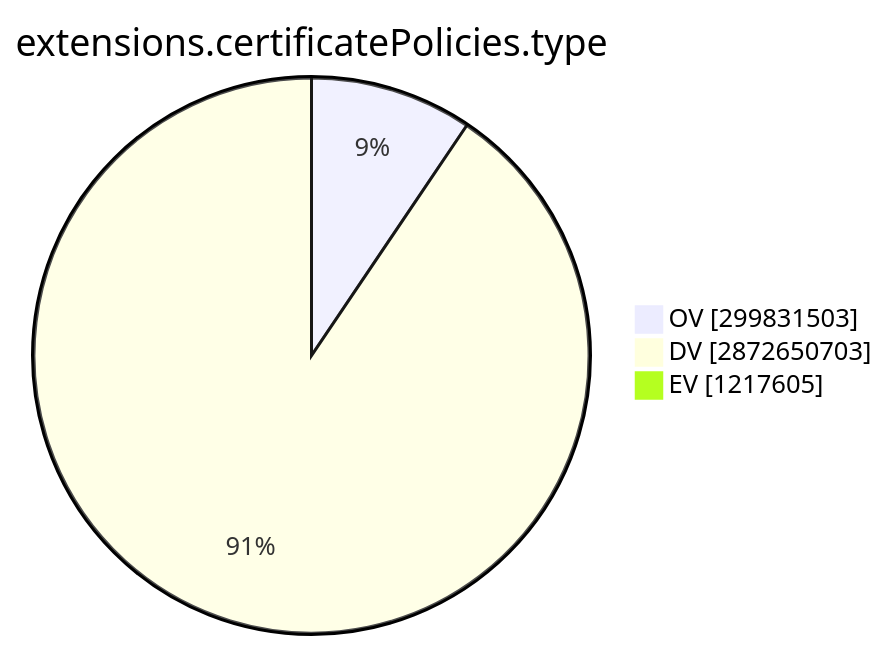
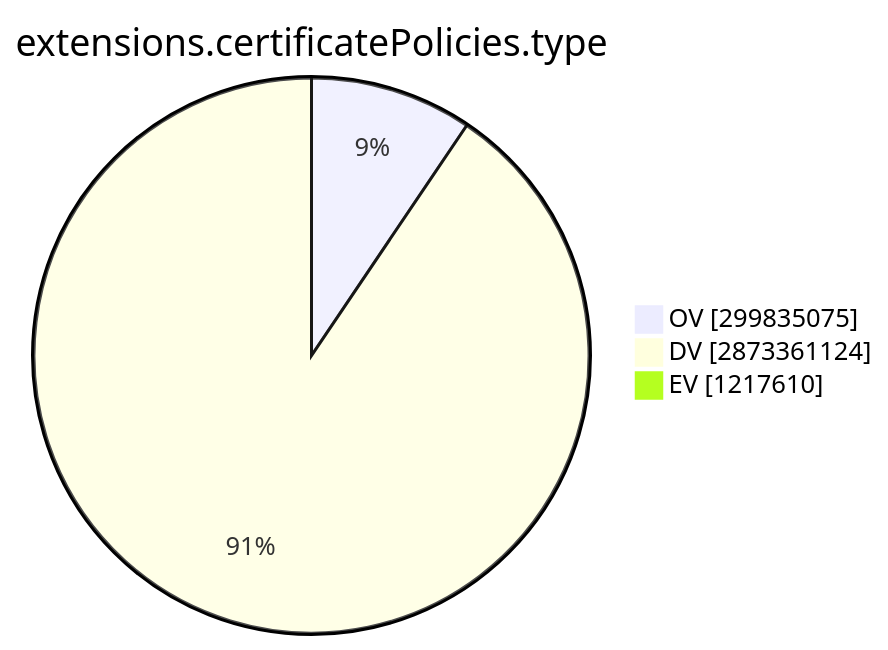
Before and after one commit to christiankrug/ctmonitor_visualization: the ninth of 15 diagrams in TOTAL/README.md, drawn with Mermaid. The commit also changed other lines of this file, not shown here.

````diff
--- a/TOTAL/README.md
+++ b/TOTAL/README.md
@@ -3101,7 +3101,7 @@
 ```mermaid
 pie showData
 title extensions.certificatePolicies.type
-"OV" :299831503
-"DV" :2872650703
-"EV" :1217605
+"OV" :299835075
+"DV" :2873361124
+"EV" :1217610
 ```
````
